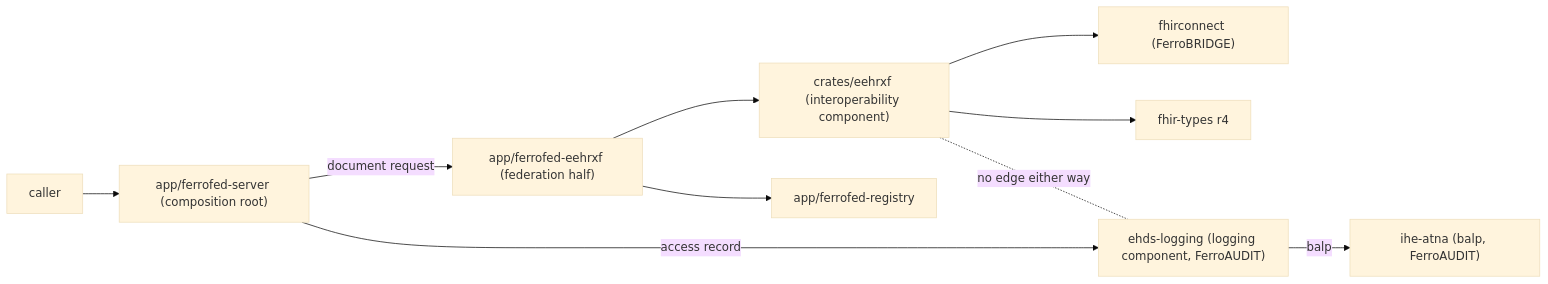
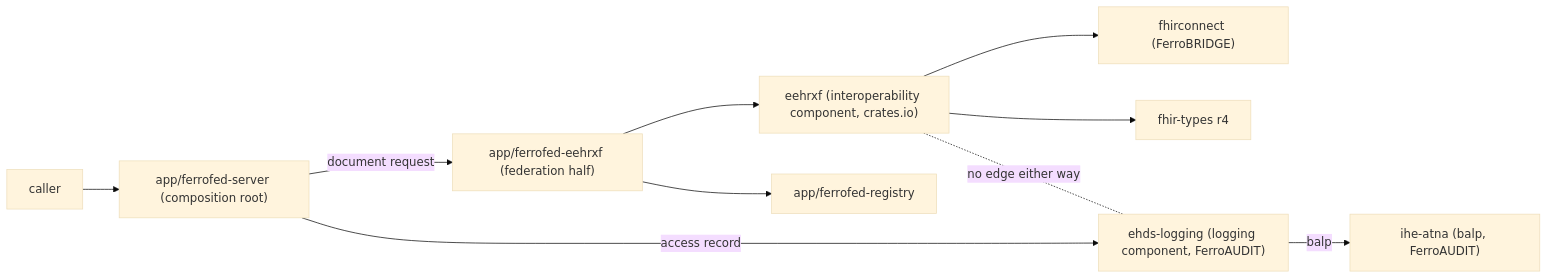
The fourth of 5 diagrams in docs/architecture.md (FerroHEALTH/FerroFED), drawn with Mermaid (base theme) before and after one commit. The commit also changed other lines of this file and 167 other files, not shown here.

First line of the commit message:
chore(eehrxf): depend on the published interoperability component from FerroBRIDGE (#1409)

````diff
--- a/docs/architecture.md
+++ b/docs/architecture.md
@@ -2394,12 +2396,12 @@
 ```mermaid
 flowchart LR
     caller["caller"] --> server["app/ferrofed-server (composition root)"]
     server -- "document request" --> glue["app/ferrofed-eehrxf (federation half)"]
-    glue --> eehrxf["crates/eehrxf (interoperability component)"]
+    glue --> eehrxf["eehrxf (interoperability component, crates.io)"]
     glue --> registry["app/ferrofed-registry"]
     eehrxf --> fhirconnect["fhirconnect (FerroBRIDGE)"]
     eehrxf --> fhir["fhir-types r4"]
     server -- "access record" --> logging["ehds-logging (logging component, FerroAUDIT)"]
     logging -- balp --> atna["ihe-atna (balp, FerroAUDIT)"]
     eehrxf -.- |"no edge either way"| logging
 ```
````
